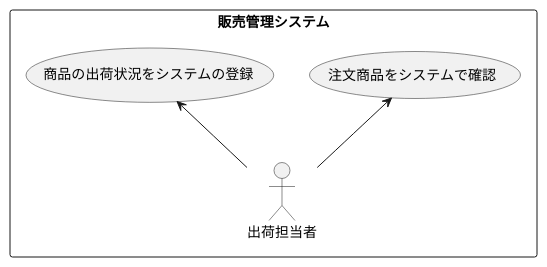
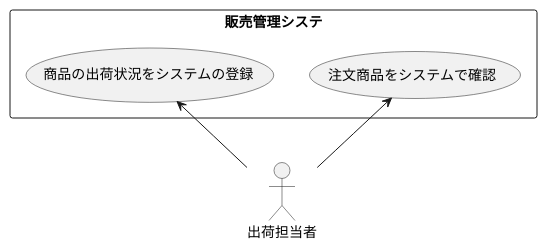
The diagram in 演習2-5_盛岡商事_販売管理システム.pu (ponkotu1/uml-introduction), drawn with PlantUML before and after one commit. The commit also changed 2 other files, not shown here.

```diff
--- a/演習2-5_盛岡商事_販売管理システム.pu
+++ b/演習2-5_盛岡商事_販売管理システム.pu
@@ -1,10 +1,12 @@
 @startuml 盛岡商事
-rectangle 販売管理システム {
+
 actor 出荷担当者
+rectangle 販売管理システ{
 usecase 注文商品をシステムで確認
 usecase 商品の出荷状況をシステムの登録
 }
+
 注文商品をシステムで確認 <-- 出荷担当者
 商品の出荷状況をシステムの登録 <-- 出荷担当者
 
 @enduml
```
